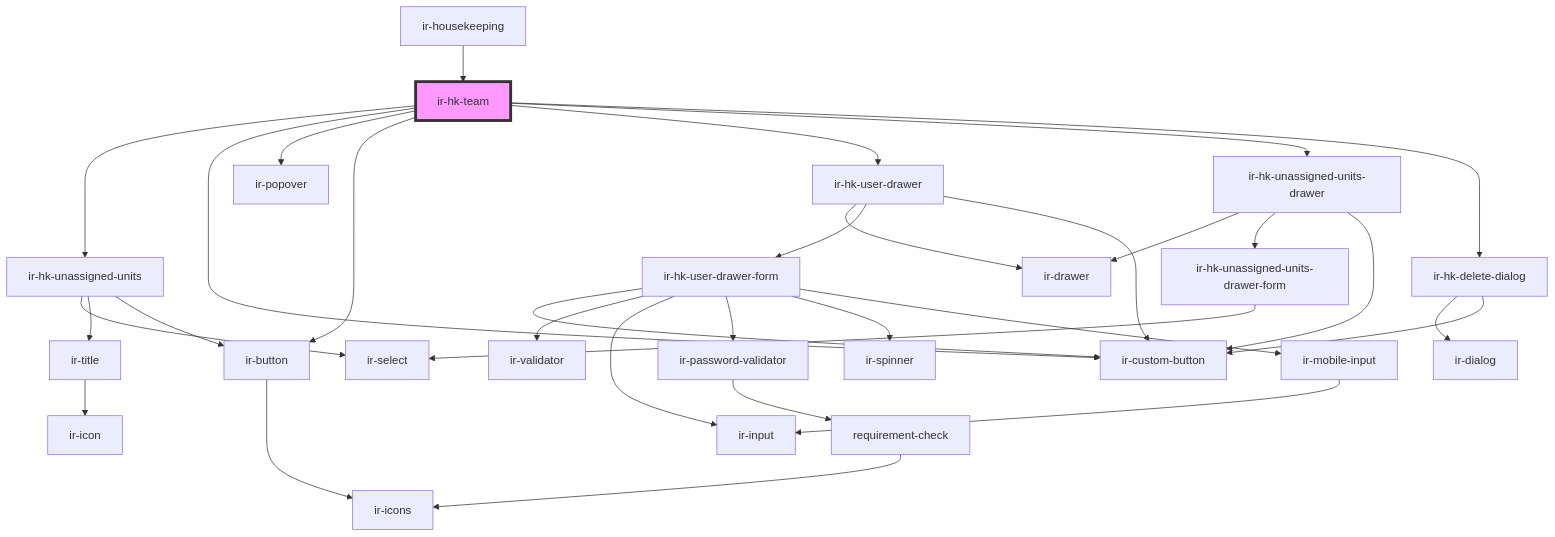
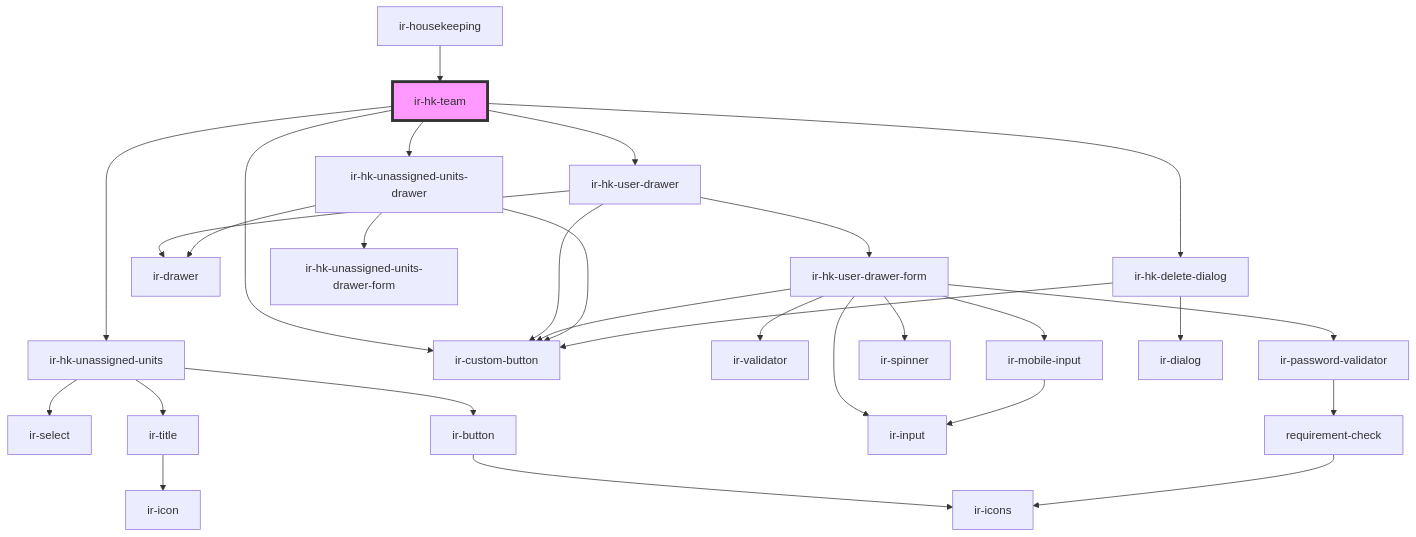
One commit to RonyRizk/ir-webcmp changed the diagram in src/components/ir-housekeeping/ir-hk-team/readme.md. Above: the diagram before and after it, drawn with Mermaid. The commit also changed other lines of this file and 508 other files, not shown here.

````diff
--- a/src/components/ir-housekeeping/ir-hk-team/readme.md
+++ b/src/components/ir-housekeeping/ir-hk-team/readme.md
@@ -25,35 +23,32 @@
 ```mermaid
 graph TD;
   ir-hk-team --> ir-hk-unassigned-units
   ir-hk-team --> ir-custom-button
-  ir-hk-team --> ir-popover
-  ir-hk-team --> ir-button
   ir-hk-team --> ir-hk-user-drawer
   ir-hk-team --> ir-hk-unassigned-units-drawer
   ir-hk-team --> ir-hk-delete-dialog
   ir-hk-unassigned-units --> ir-select
   ir-hk-unassigned-units --> ir-title
   ir-hk-unassigned-units --> ir-button
   ir-title --> ir-icon
   ir-button --> ir-icons
   ir-hk-user-drawer --> ir-drawer
   ir-hk-user-drawer --> ir-hk-user-drawer-form
   ir-hk-user-drawer --> ir-custom-button
   ir-hk-user-drawer-form --> ir-custom-button
   ir-hk-user-drawer-form --> ir-validator
   ir-hk-user-drawer-form --> ir-input
   ir-hk-user-drawer-form --> ir-password-validator
   ir-hk-user-drawer-form --> ir-spinner
   ir-hk-user-drawer-form --> ir-mobile-input
   ir-password-validator --> requirement-check
   requirement-check --> ir-icons
   ir-mobile-input --> ir-input
   ir-hk-unassigned-units-drawer --> ir-drawer
   ir-hk-unassigned-units-drawer --> ir-hk-unassigned-units-drawer-form
   ir-hk-unassigned-units-drawer --> ir-custom-button
-  ir-hk-unassigned-units-drawer-form --> ir-select
   ir-hk-delete-dialog --> ir-dialog
   ir-hk-delete-dialog --> ir-custom-button
   ir-housekeeping --> ir-hk-team
   style ir-hk-team fill:#f9f,stroke:#333,stroke-width:4px
 ```
````
